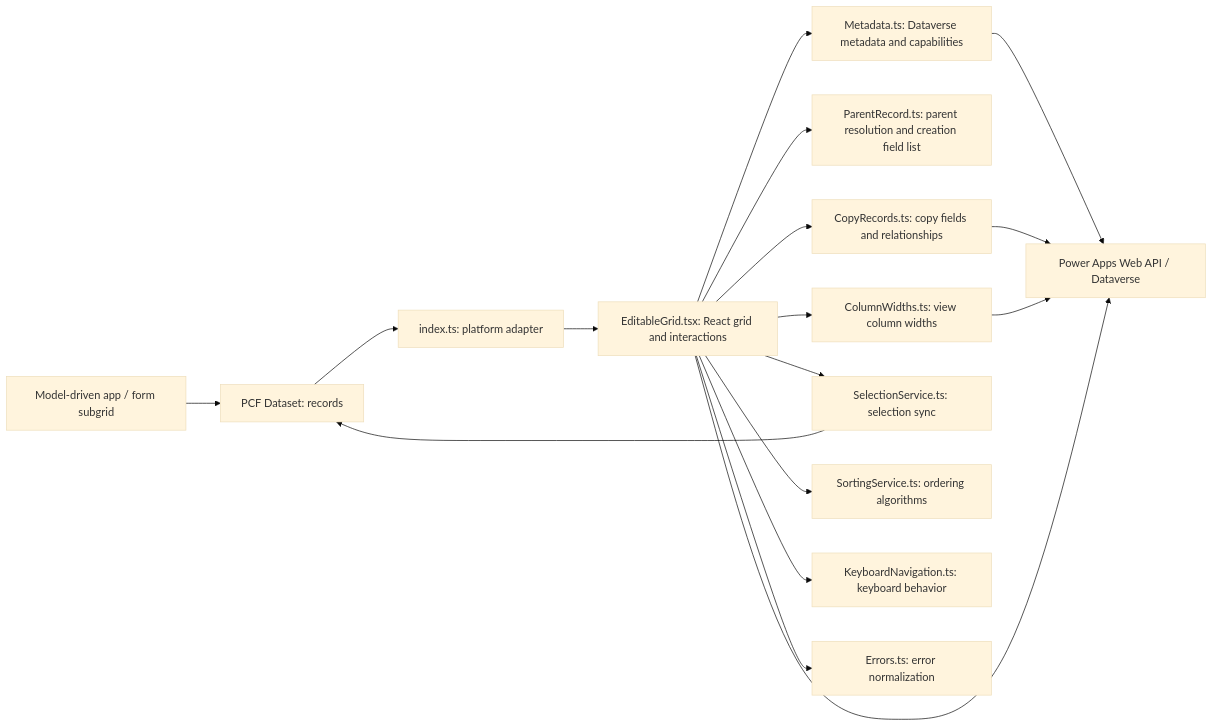
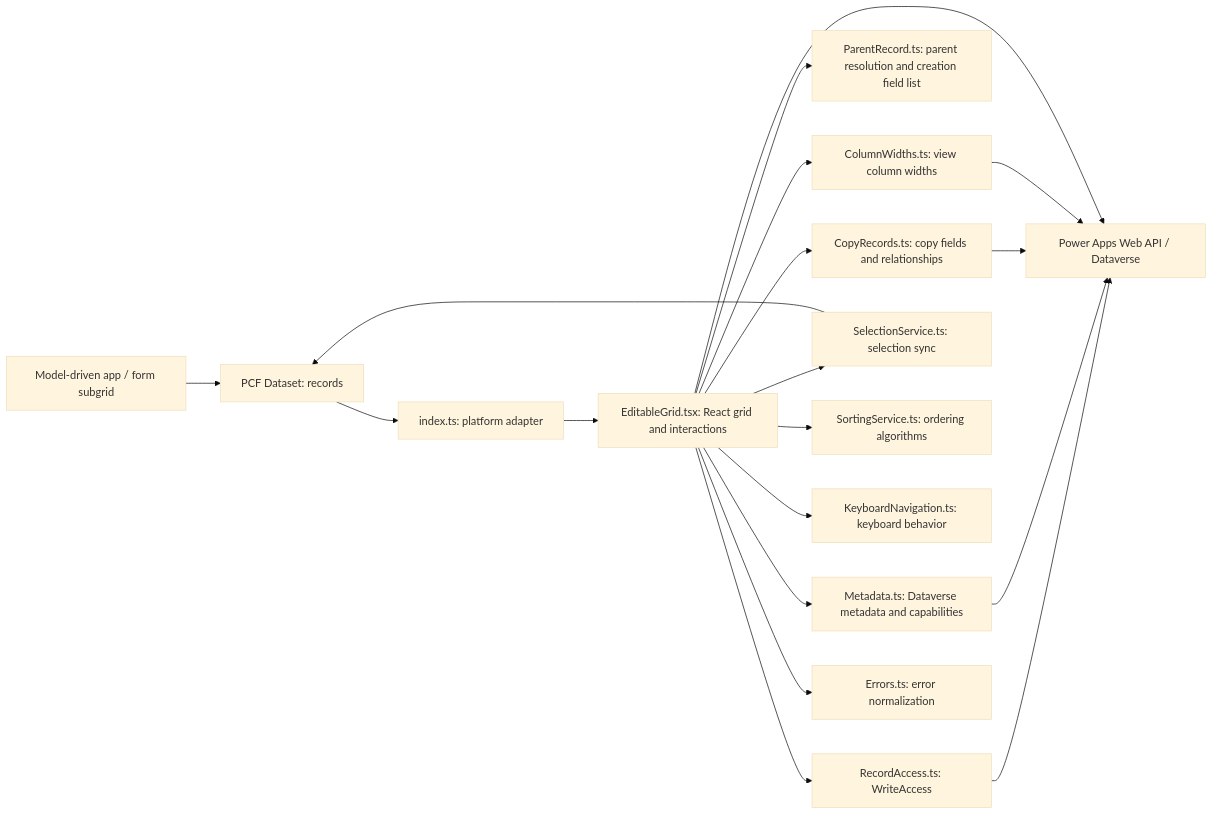
One commit to KonaLz/EditableSortableSubgrid changed the third of 4 diagrams in EditableSortableSubgrid/docs/ARCHITECTURE.md. Above: the diagram before and after it, drawn with Mermaid (base theme). The commit also changed other lines of this file and 13 other files, not shown here.

````diff
--- a/EditableSortableSubgrid/docs/ARCHITECTURE.md
+++ b/EditableSortableSubgrid/docs/ARCHITECTURE.md
@@ -120,29 +122,31 @@
 ```mermaid
 flowchart LR
     Host[Model-driven app / form subgrid]
     DS[PCF Dataset: records]
     Entry[index.ts: platform adapter]
     Grid[EditableGrid.tsx: React grid and interactions]
     Meta[Metadata.ts: Dataverse metadata and capabilities]
     Parent[ParentRecord.ts: parent resolution and creation field list]
     Copy[CopyRecords.ts: copy fields and relationships]
     Width[ColumnWidths.ts: view column widths]
     Select[SelectionService.ts: selection sync]
     Sort[SortingService.ts: ordering algorithms]
     Key[KeyboardNavigation.ts: keyboard behavior]
+    Access[RecordAccess.ts: WriteAccess]
     Err[Errors.ts: error normalization]
     API[Power Apps Web API / Dataverse]
     Host --> DS --> Entry --> Grid
     Grid --> Meta
     Grid --> Parent
     Grid --> Copy
     Grid --> Width
     Grid --> Select --> DS
     Grid --> Sort
     Grid --> Key
+    Grid --> Access --> API
     Grid --> Err
     Meta --> API
     Copy --> API
     Width --> API
     Grid --> API
 ```
````
